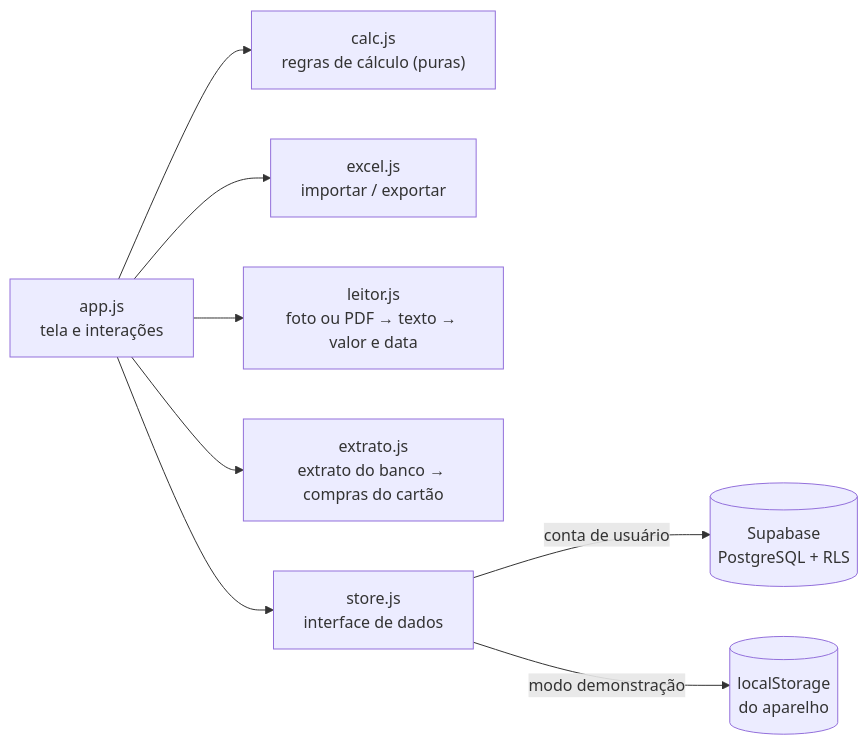
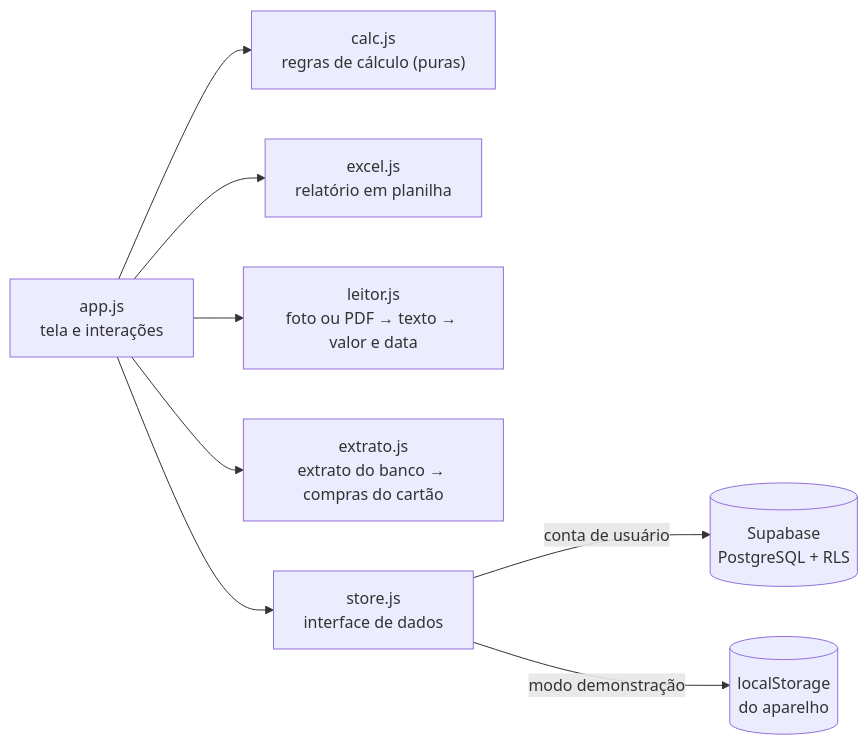
Before and after one commit to MarcosHenriqueBarbosaSantos/controle-gastos-pwa: the first of 2 diagrams in README.md, drawn with Mermaid. The commit also changed other lines of this file and 12 other files, not shown here.

````diff
--- a/README.md
+++ b/README.md
@@ -61,10 +61,10 @@
 ```mermaid
 flowchart LR
   UI["app.js<br/>tela e interações"] --> CALC["calc.js<br/>regras de cálculo (puras)"]
-  UI --> XL["excel.js<br/>importar / exportar"]
+  UI --> XL["excel.js<br/>relatório em planilha"]
   UI --> LE["leitor.js<br/>foto ou PDF → texto → valor e data"]
   UI --> EX["extrato.js<br/>extrato do banco → compras do cartão"]
   UI --> ST["store.js<br/>interface de dados"]
   ST -->|conta de usuário| SB[("Supabase<br/>PostgreSQL + RLS")]
   ST -->|modo demonstração| LS[("localStorage<br/>do aparelho")]
 ```
````
